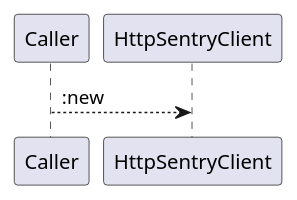
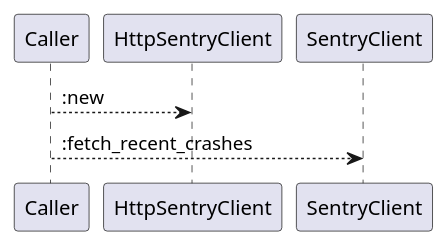
Before and after one commit to lgcorzo/rust_CACD_autonomous_factory: the fifth of 6 diagrams in openwiki/crates_factory_infrastructure_src_sentry.md, drawn with PlantUML. The commit also changed other lines of this file and 96 other files, not shown here.

````diff
--- a/openwiki/crates_factory_infrastructure_src_sentry.md
+++ b/openwiki/crates_factory_infrastructure_src_sentry.md
@@ -193,6 +223,7 @@
 ```plantuml
 @startuml
 Caller --> HttpSentryClient::new
+Caller --> SentryClient::fetch_recent_crashes
 @enduml
 
 ```
````
